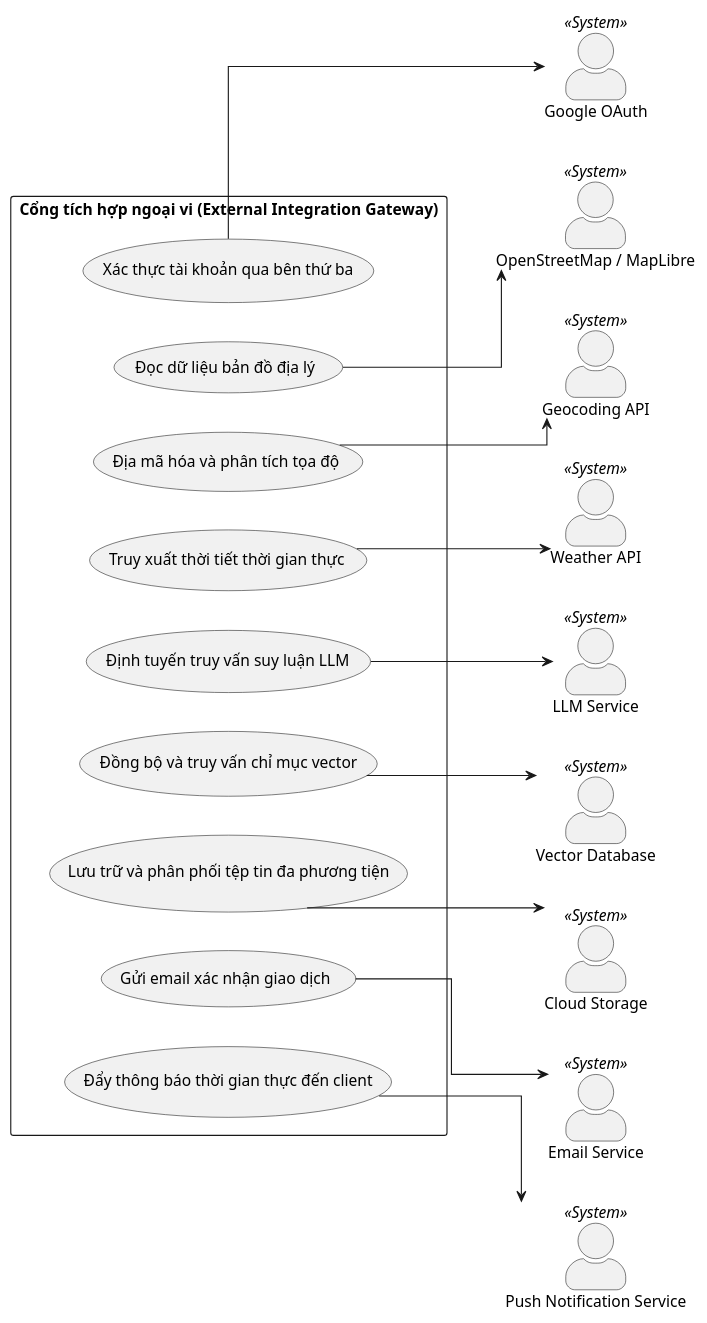
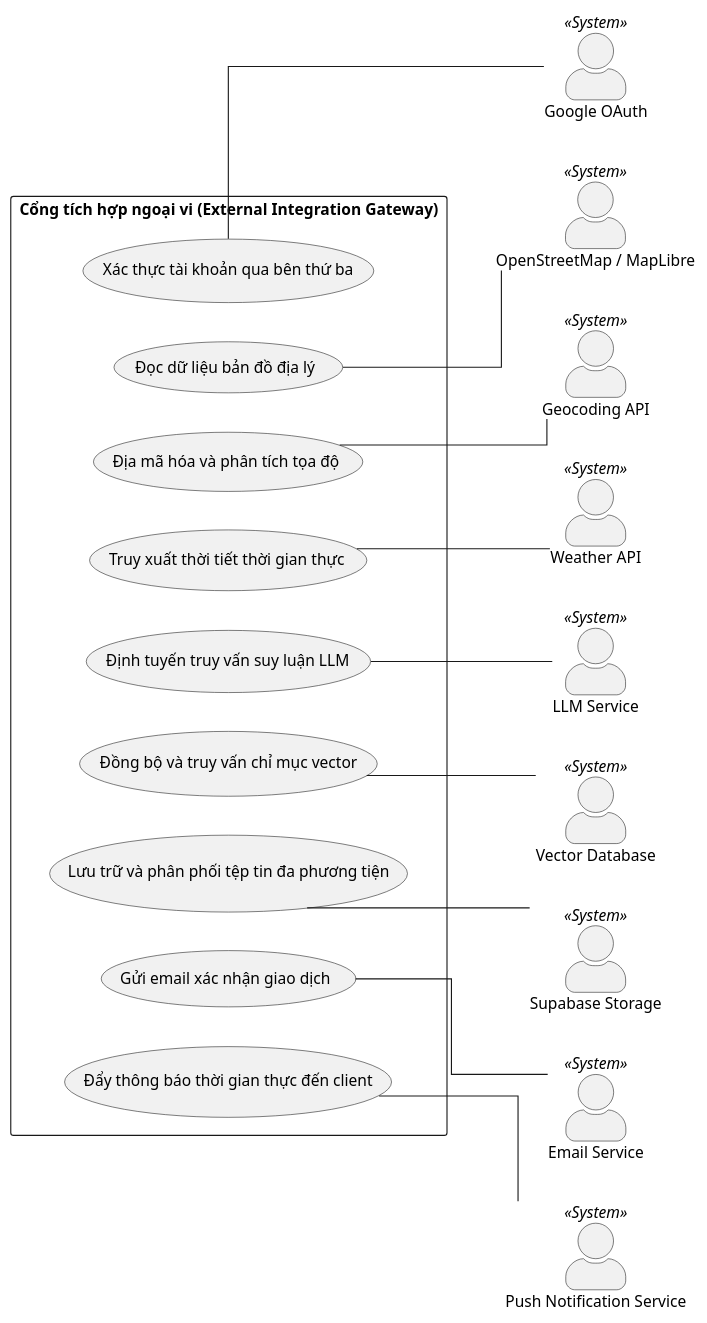
The diagram in docs/uml/usecase/UseCase-External.puml (ntctuongktpm2211030-crypto/Thuc_Tap_NTD), drawn with PlantUML before and after one commit. The commit also changed 149 other files, not shown here.

```diff
--- a/docs/uml/usecase/UseCase-External.puml
+++ b/docs/uml/usecase/UseCase-External.puml
@@ -1,40 +1,40 @@
 @startuml UseCase_External
 left to right direction
 skinparam packageStyle rectangle
 skinparam actorStyle awesome
 skinparam linetype ortho
 
 ' External Actors
 actor "Google OAuth" as GoogleOAuth <<System>>
 actor "OpenStreetMap / MapLibre" as OSM <<System>>
 actor "Geocoding API" as GeocodingAPI <<System>>
 actor "Weather API" as WeatherAPI <<System>>
 actor "LLM Service" as LLM <<System>>
 actor "Vector Database" as VectorDB <<System>>
-actor "Cloud Storage" as CloudStorage <<System>>
+actor "Supabase Storage" as SupabaseStorage <<System>>
 actor "Email Service" as EmailService <<System>>
 actor "Push Notification Service" as PushNotification <<System>>
 
 rectangle "Cổng tích hợp ngoại vi (External Integration Gateway)" {
   usecase "Xác thực tài khoản qua bên thứ ba" as UC_Ext_Auth
   usecase "Đọc dữ liệu bản đồ địa lý" as UC_Ext_Map
   usecase "Địa mã hóa và phân tích tọa độ" as UC_Ext_Geocode
   usecase "Truy xuất thời tiết thời gian thực" as UC_Ext_Weather
   usecase "Định tuyến truy vấn suy luận LLM" as UC_Ext_LLM
   usecase "Đồng bộ và truy vấn chỉ mục vector" as UC_Ext_Vector
   usecase "Lưu trữ và phân phối tệp tin đa phương tiện" as UC_Ext_Storage
   usecase "Gửi email xác nhận giao dịch" as UC_Ext_Email
   usecase "Đẩy thông báo thời gian thực đến client" as UC_Ext_Push
 }
 
 ' Mappings
-UC_Ext_Auth --> GoogleOAuth
-UC_Ext_Map --> OSM
-UC_Ext_Geocode --> GeocodingAPI
-UC_Ext_Weather --> WeatherAPI
-UC_Ext_LLM --> LLM
-UC_Ext_Vector --> VectorDB
-UC_Ext_Storage --> CloudStorage
-UC_Ext_Email --> EmailService
-UC_Ext_Push --> PushNotification
+UC_Ext_Auth -- GoogleOAuth
+UC_Ext_Map -- OSM
+UC_Ext_Geocode -- GeocodingAPI
+UC_Ext_Weather -- WeatherAPI
+UC_Ext_LLM -- LLM
+UC_Ext_Vector -- VectorDB
+UC_Ext_Storage -- SupabaseStorage
+UC_Ext_Email -- EmailService
+UC_Ext_Push -- PushNotification
 @enduml
```
